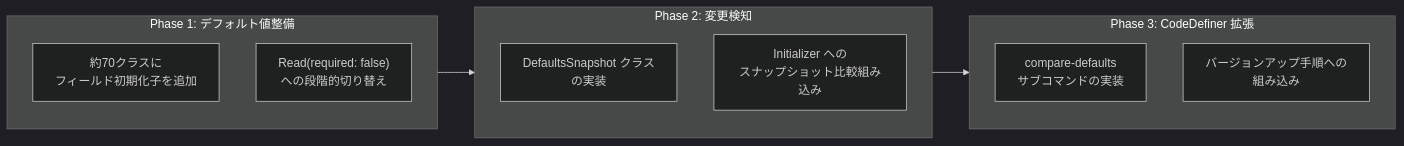
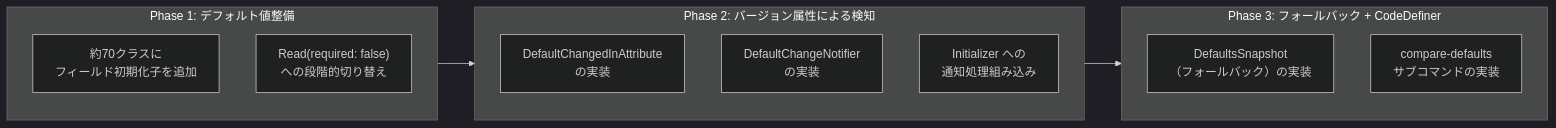
The ninth of 9 diagrams in docs/research/11-CodeDefiner/003-Parameterデフォルト値変更検知.md (vehiclevisionjp/VehicleVision.Pleasanter.ResearchDocuments), drawn with Mermaid (dark theme) before and after one commit. The commit also changed other lines of this file, not shown here.

````diff
--- a/docs/research/11-CodeDefiner/003-Parameterデフォルト値変更検知.md
+++ b/docs/research/11-CodeDefiner/003-Parameterデフォルト値変更検知.md
@@ -570,16 +796,17 @@
 ```mermaid
 flowchart LR
     subgraph phase1["Phase 1: デフォルト値整備"]
         A1["約70クラスに\nフィールド初期化子を追加"]
         A2["Read<T>(required: false)\nへの段階的切り替え"]
     end
-    subgraph phase2["Phase 2: 変更検知"]
-        B1["DefaultsSnapshot クラス\nの実装"]
-        B2["Initializer への\nスナップショット比較組み込み"]
+    subgraph phase2["Phase 2: バージョン属性による検知"]
+        B1["DefaultChangedInAttribute\nの実装"]
+        B2["DefaultChangeNotifier\nの実装"]
+        B3["Initializer への\n通知処理組み込み"]
     end
-    subgraph phase3["Phase 3: CodeDefiner 拡張"]
-        C1["compare-defaults\nサブコマンドの実装"]
-        C2["バージョンアップ手順への\n組み込み"]
+    subgraph phase3["Phase 3: フォールバック + CodeDefiner"]
+        C1["DefaultsSnapshot\n（フォールバック）の実装"]
+        C2["compare-defaults\nサブコマンドの実装"]
     end
     phase1 --> phase2 --> phase3
 ```
````
